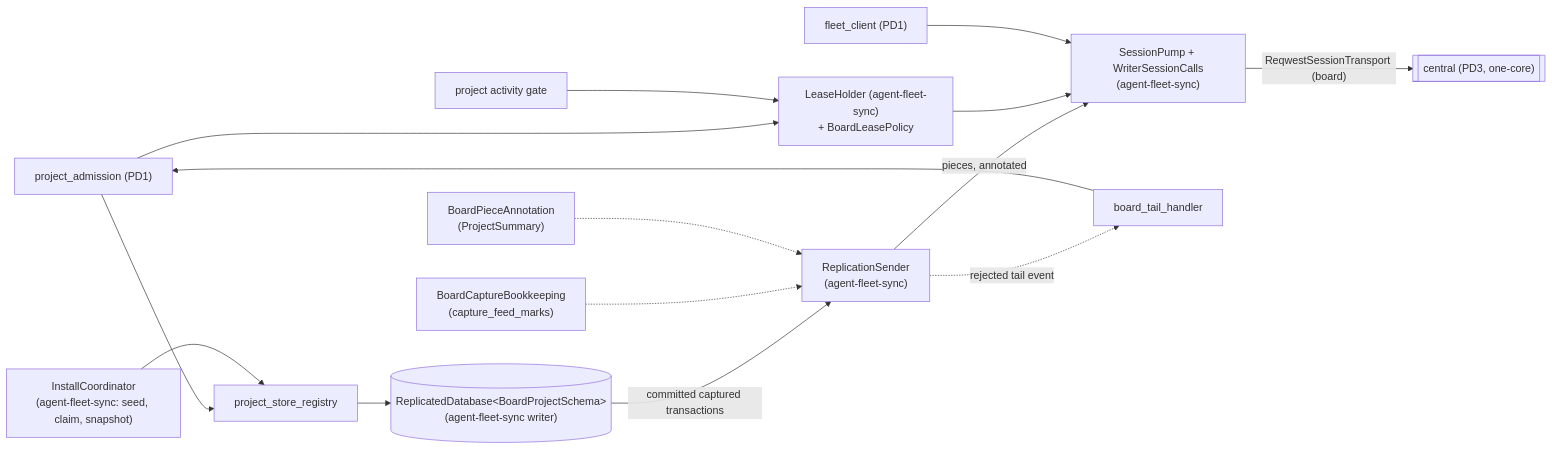
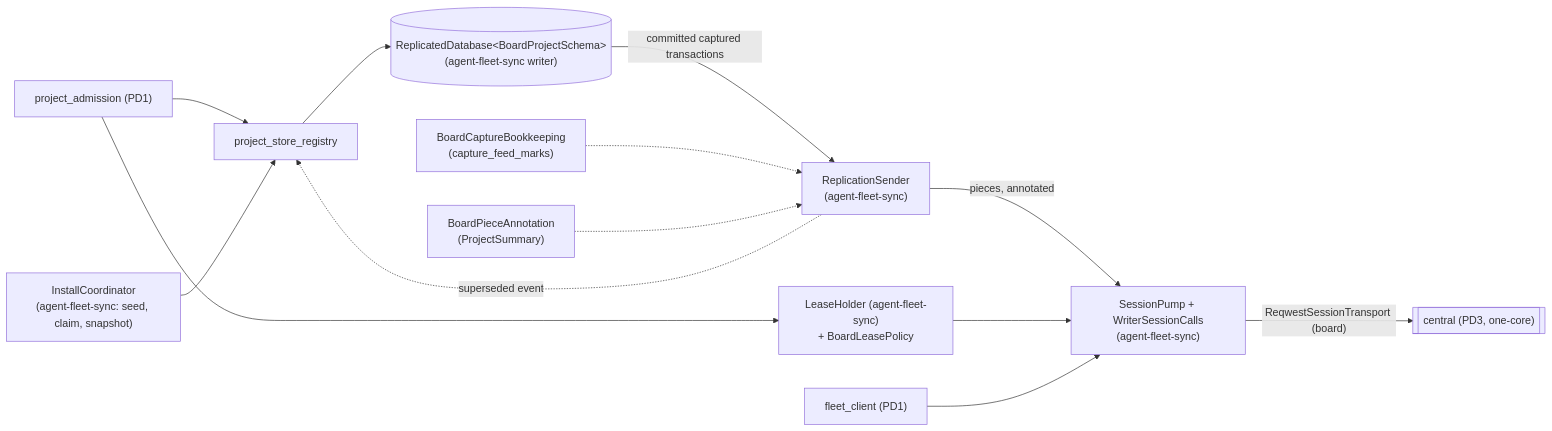
One commit to agent-collaboration/agent-collaboration changed the first of 2 diagrams in docs/specs/2026-10-04-board-orchestration-design/program-design-2-project-storage.md. Above: the diagram before and after it, drawn with Mermaid. The commit also changed other lines of this file and 13 other files, not shown here.

````diff
--- a/docs/specs/2026-10-04-board-orchestration-design/program-design-2-project-storage.md
+++ b/docs/specs/2026-10-04-board-orchestration-design/program-design-2-project-storage.md
@@ -39,17 +39,15 @@
 ```mermaid
 flowchart LR
   PA["project_admission (PD1)"] --> REG["project_store_registry"]
   REG --> RD[("ReplicatedDatabase&lt;BoardProjectSchema&gt;<br/>(agent-fleet-sync writer)")]
   RD -- "committed captured transactions" --> SND["ReplicationSender<br/>(agent-fleet-sync)"]
   SND -- "pieces, annotated" --> SP["SessionPump + WriterSessionCalls<br/>(agent-fleet-sync)"]
   SP -- "ReqwestSessionTransport (board)" --> CENTRAL[["central (PD3, one-core)"]]
   LH["LeaseHolder (agent-fleet-sync)<br/>+ BoardLeasePolicy"] --> SP
   PA --> LH
   INST["InstallCoordinator<br/>(agent-fleet-sync: seed, claim, snapshot)"] --> REG
-  SND -. "rejected tail event" .-> TAIL["board_tail_handler"]
-  TAIL --> PA
+  SND -. "superseded event" .-> REG
   CAP["BoardCaptureBookkeeping<br/>(capture_feed_marks)"] -.-> SND
   ANN["BoardPieceAnnotation<br/>(ProjectSummary)"] -.-> SND
   FC["fleet_client (PD1)"] --> SP
-  GATE["project activity gate"] --> LH
 ```
````
